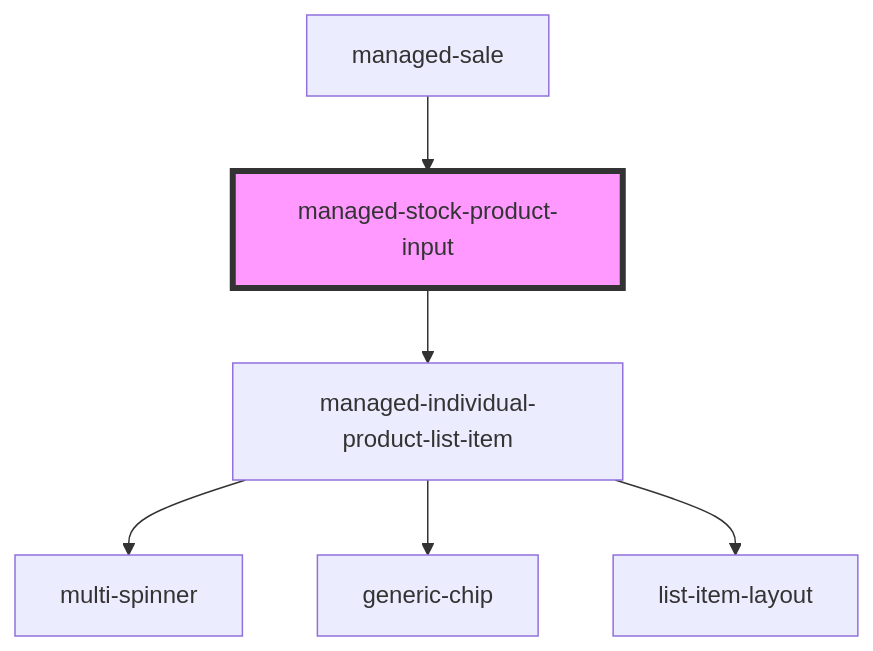
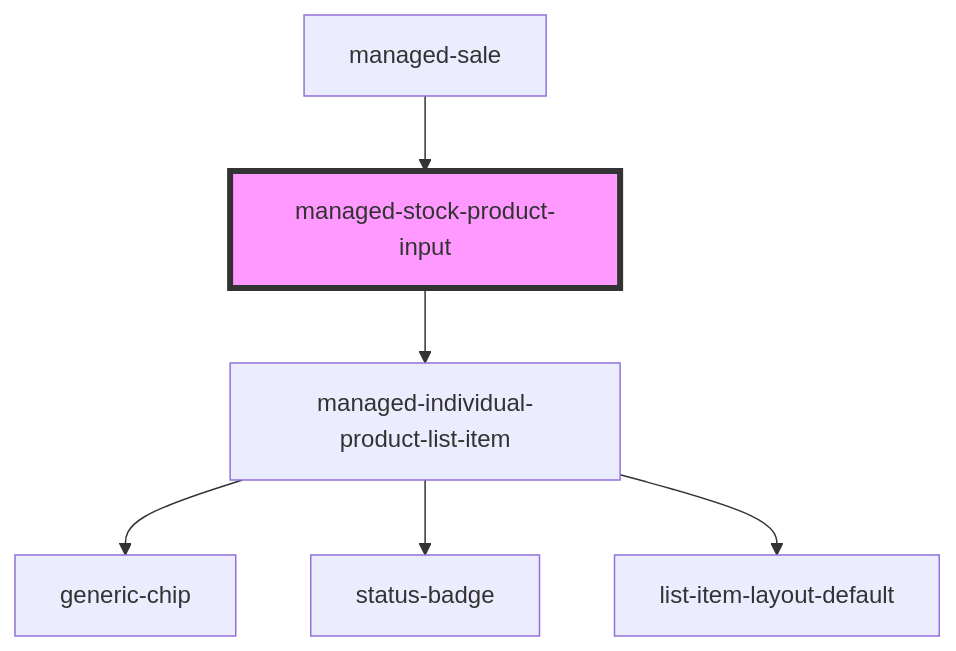
Before and after one commit to PharmaLedger-IMI/fgt-workspace: the diagram in pdm-web-components/src/components/managed-stock-product-input/readme.md, drawn with Mermaid. The commit also changed 6 other files, not shown here.

````diff
--- a/pdm-web-components/src/components/managed-stock-product-input/readme.md
+++ b/pdm-web-components/src/components/managed-stock-product-input/readme.md
@@ -55,9 +55,9 @@
 ```mermaid
 graph TD;
   managed-stock-product-input --> managed-individual-product-list-item
-  managed-individual-product-list-item --> multi-spinner
   managed-individual-product-list-item --> generic-chip
-  managed-individual-product-list-item --> list-item-layout
+  managed-individual-product-list-item --> status-badge
+  managed-individual-product-list-item --> list-item-layout-default
   managed-sale --> managed-stock-product-input
   style managed-stock-product-input fill:#f9f,stroke:#333,stroke-width:4px
 ```
````
